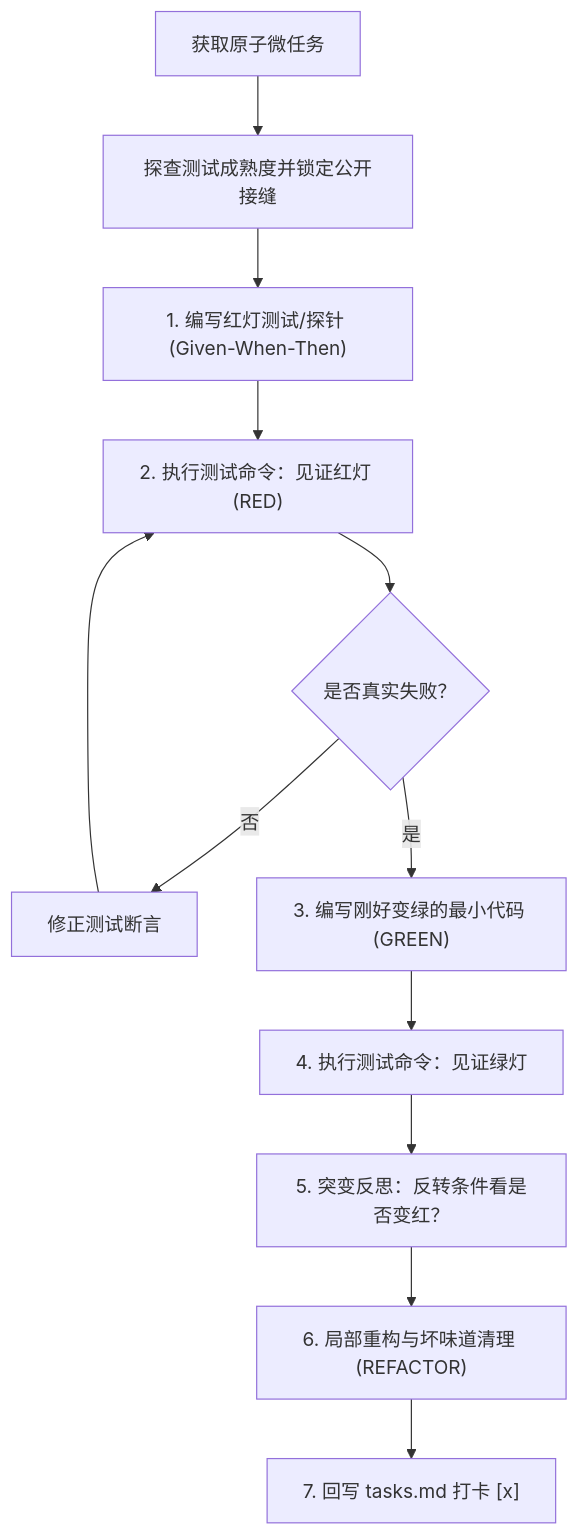
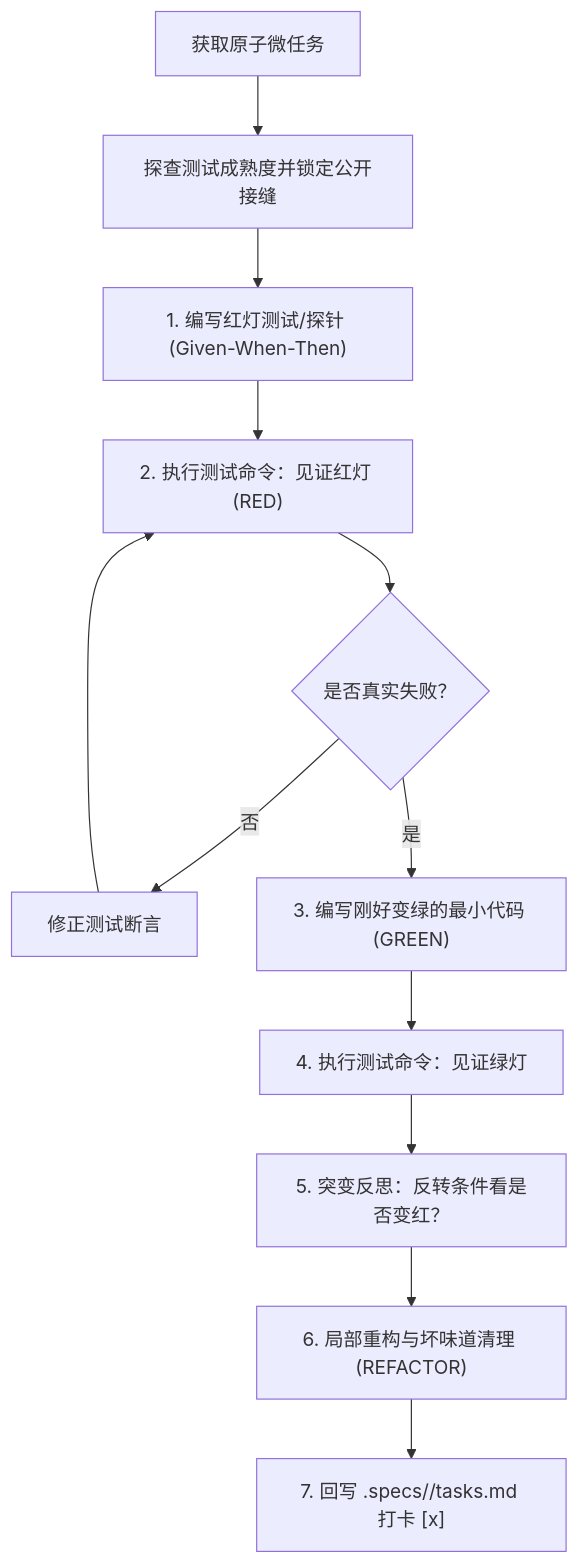
The diagram in docs/skills/at-tdd.md (atengk/skills), drawn with Mermaid before and after one commit. The commit also changed other lines of this file and 31 other files, not shown here.

````diff
--- a/docs/skills/at-tdd.md
+++ b/docs/skills/at-tdd.md
@@ -42,13 +42,13 @@
 ```mermaid
 flowchart TD
     TaskStart["获取原子微任务"] --> ProbeMaturity["探查测试成熟度并锁定公开接缝"]
     ProbeMaturity --> WriteRed["1. 编写红灯测试/探针 (Given-When-Then)"]
     WriteRed --> RunRed["2. 执行测试命令：见证红灯 (RED)"]
     RunRed --> CheckRed{"是否真实失败？"}
     CheckRed -- 否 --> FixTest["修正测试断言"] --> RunRed
     CheckRed -- 是 --> WriteGreen["3. 编写刚好变绿的最小代码 (GREEN)"]
     WriteGreen --> RunGreen["4. 执行测试命令：见证绿灯"]
     RunGreen --> Mutate["5. 突变反思：反转条件看是否变红？"]
     Mutate --> Refactor["6. 局部重构与坏味道清理 (REFACTOR)"]
-    Refactor --> Checkout["7. 回写 tasks.md 打卡 [x]"]
+    Refactor --> Checkout["7. 回写 .specs/<feature-slug>/tasks.md 打卡 [x]"]
 ```
````
